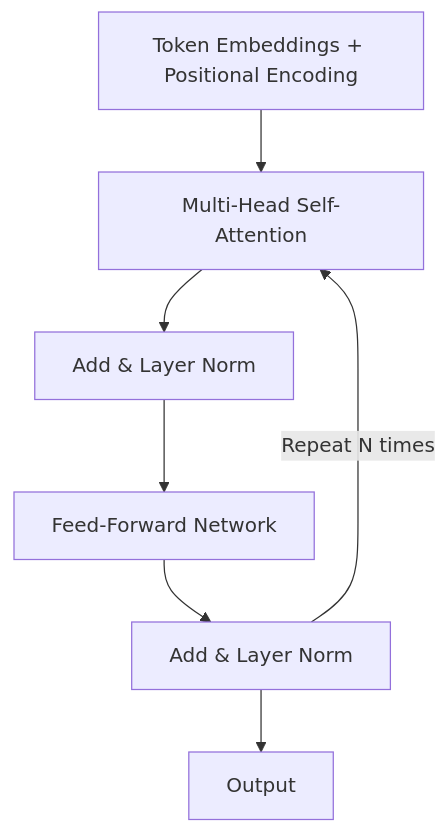
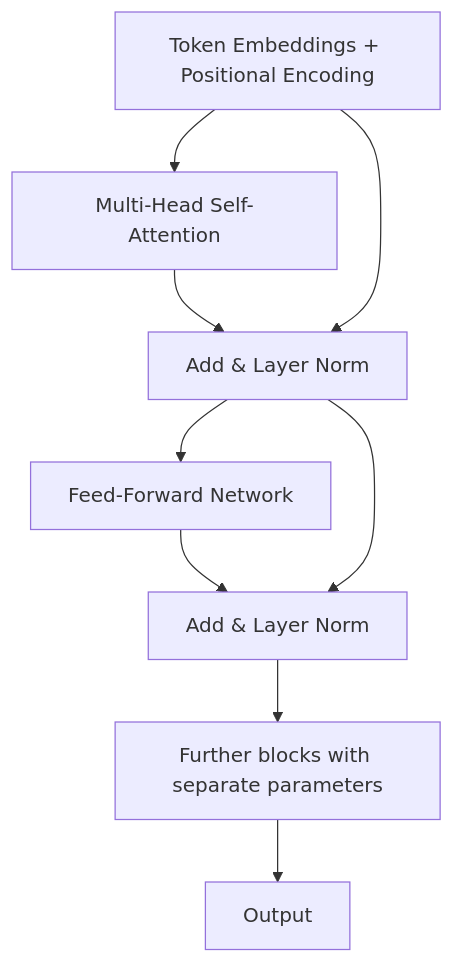
Before and after one commit to Hmago/ml4: the second of 3 diagrams in content/14_neural_networks.md, drawn with Mermaid. The commit also changed other lines of this file and 50 other files, not shown here.

````diff
--- a/content/14_neural_networks.md
+++ b/content/14_neural_networks.md
@@ -1123,9 +1973,11 @@
 ```mermaid
 graph TB
     A[Token Embeddings + Positional Encoding] --> B[Multi-Head Self-Attention]
     B --> C[Add & Layer Norm]
+    A --> C
     C --> D[Feed-Forward Network]
     D --> E[Add & Layer Norm]
-    E -->|Repeat N times| B
-    E --> F[Output]
+    C --> E
+    E --> F[Further blocks with separate parameters]
+    F --> G[Output]
 ```
````
